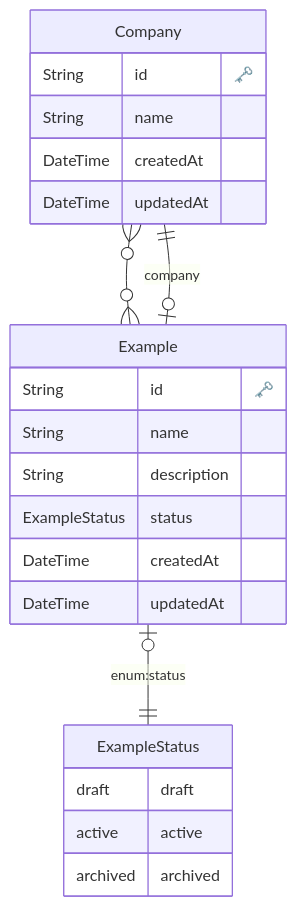
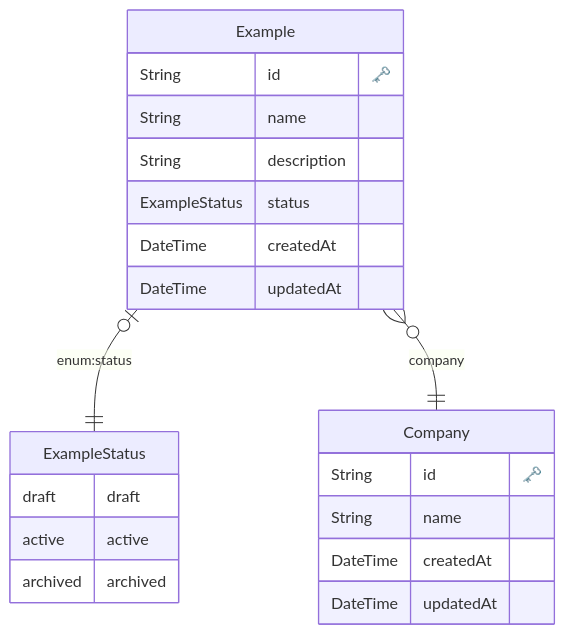
The diagram in apps/api/README_DATABASE.md (Jeremy-Fleury/saas-boilerplate), drawn with Mermaid before and after one commit. The commit also changed 12 other files, not shown here.

````diff
--- a/apps/api/README_DATABASE.md
+++ b/apps/api/README_DATABASE.md
@@ -1,30 +1,29 @@
 ```mermaid
 erDiagram
 
         ExampleStatus {
             draft draft
 active active
 archived archived
         }
     
   "Company" {
     String id "🗝️"
     String name 
     DateTime createdAt 
     DateTime updatedAt 
     }
   
 
   "Example" {
     String id "🗝️"
     String name 
     String description 
     ExampleStatus status 
     DateTime createdAt 
     DateTime updatedAt 
     }
   
-    "Company" o{--}o "Example" : ""
-    "Example" o|--|| "ExampleStatus" : "enum:status"
-    "Example" o|--|| "Company" : "company"
+    "Example" |o--|| "ExampleStatus" : "enum:status"
+    "Example" }o--|| "Company" : "company"
 ```
````
